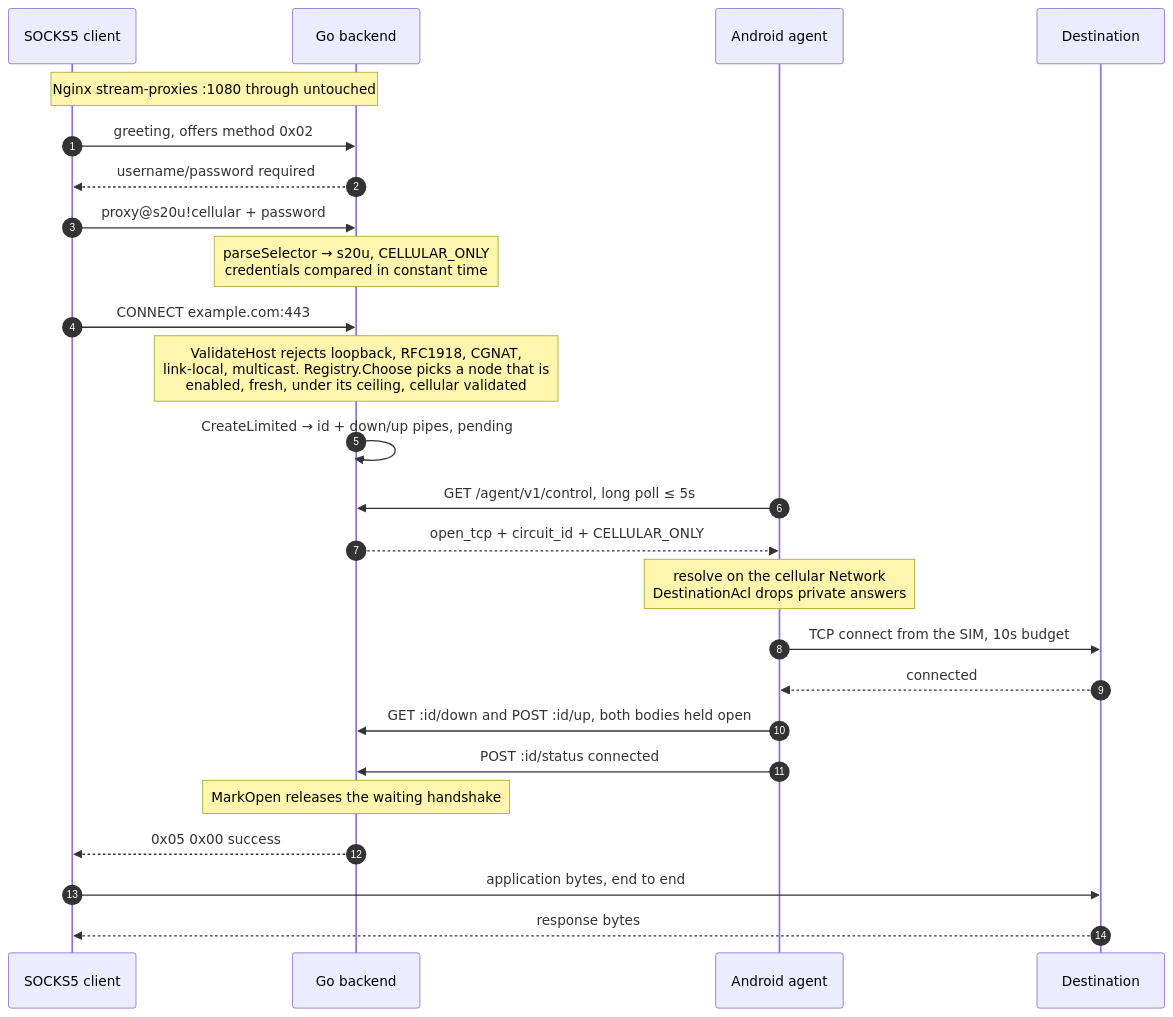
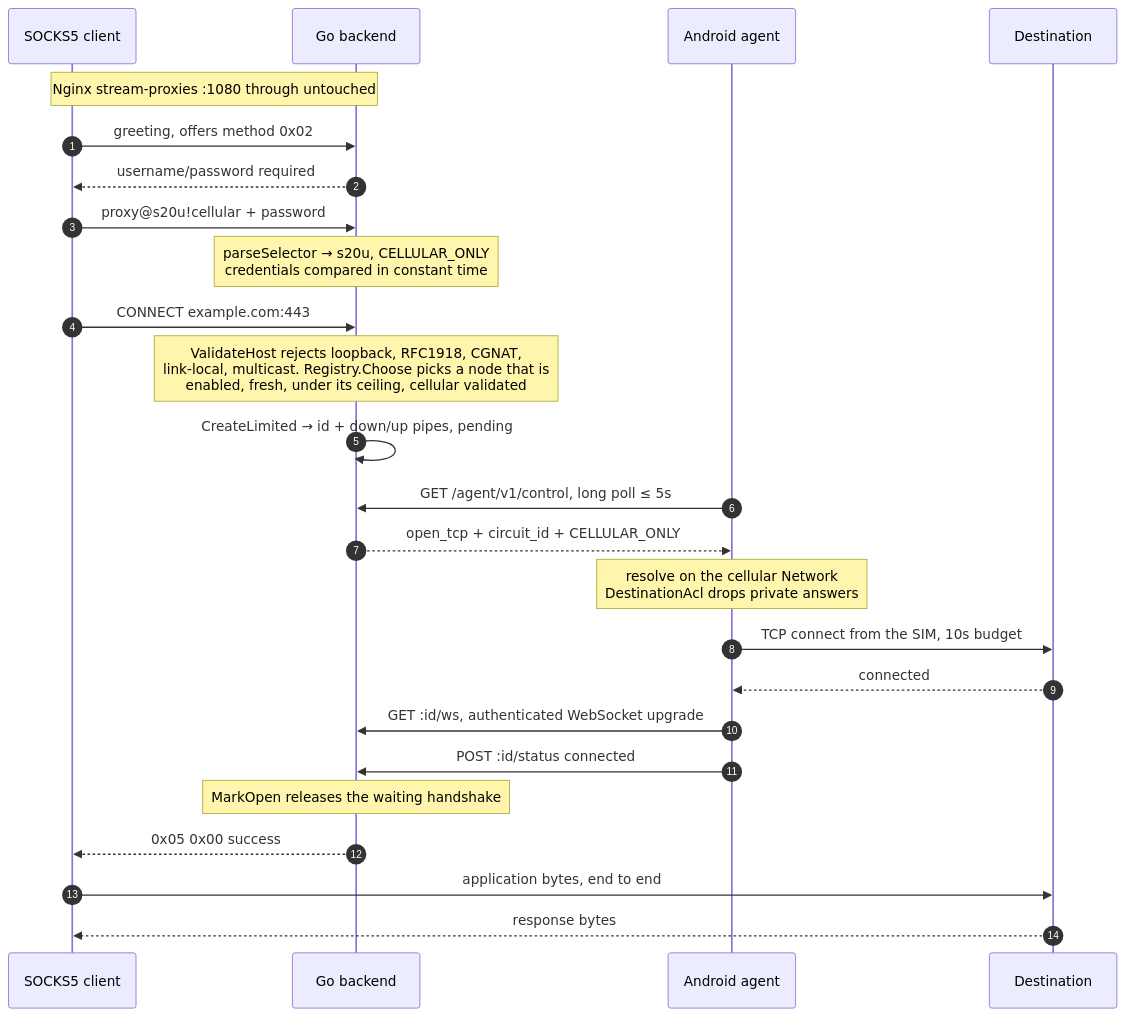
Before and after one commit to CesarPetrescu/PocketExit: the third of 12 diagrams in README.md, drawn with Mermaid. The commit also changed other lines of this file and 38 other files, not shown here.

Commit message:
Release PocketExit v0.4 WebSocket transport

````diff
--- a/README.md
+++ b/README.md
@@ -211,28 +211,28 @@
 ```mermaid
 sequenceDiagram
     autonumber
     participant C as SOCKS5 client
     participant G as Go backend
     participant P as Android agent
     participant D as Destination
 
     Note over C,G: Nginx stream-proxies :1080 through untouched
     C->>G: greeting, offers method 0x02
     G-->>C: username/password required
     C->>G: proxy@s20u!cellular + password
     Note over G: parseSelector → s20u, CELLULAR_ONLY<br/>credentials compared in constant time
     C->>G: CONNECT example.com:443
     Note over G: ValidateHost rejects loopback, RFC1918, CGNAT,<br/>link-local, multicast. Registry.Choose picks a node that is<br/>enabled, fresh, under its ceiling, cellular validated
     G->>G: CreateLimited → id + down/up pipes, pending
     P->>G: GET /agent/v1/control, long poll ≤ 5s
     G-->>P: open_tcp + circuit_id + CELLULAR_ONLY
     Note over P: resolve on the cellular Network<br/>DestinationAcl drops private answers
     P->>D: TCP connect from the SIM, 10s budget
     D-->>P: connected
-    P->>G: GET :id/down and POST :id/up, both bodies held open
+    P->>G: GET :id/ws, authenticated WebSocket upgrade
     P->>G: POST :id/status connected
     Note over G: MarkOpen releases the waiting handshake
     G-->>C: 0x05 0x00 success
     C->>D: application bytes, end to end
     D-->>C: response bytes
 ```
````
